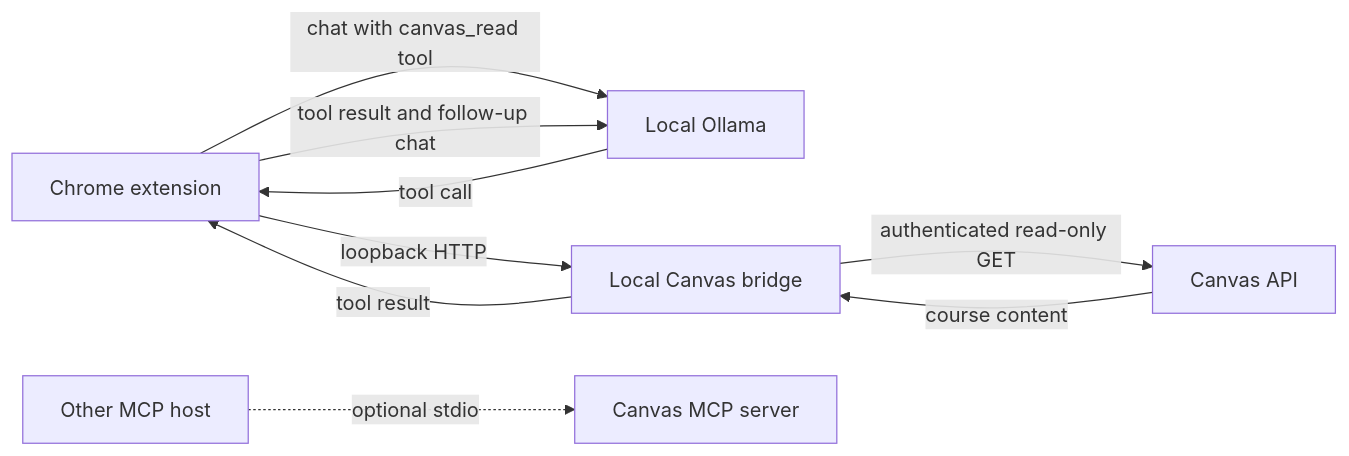
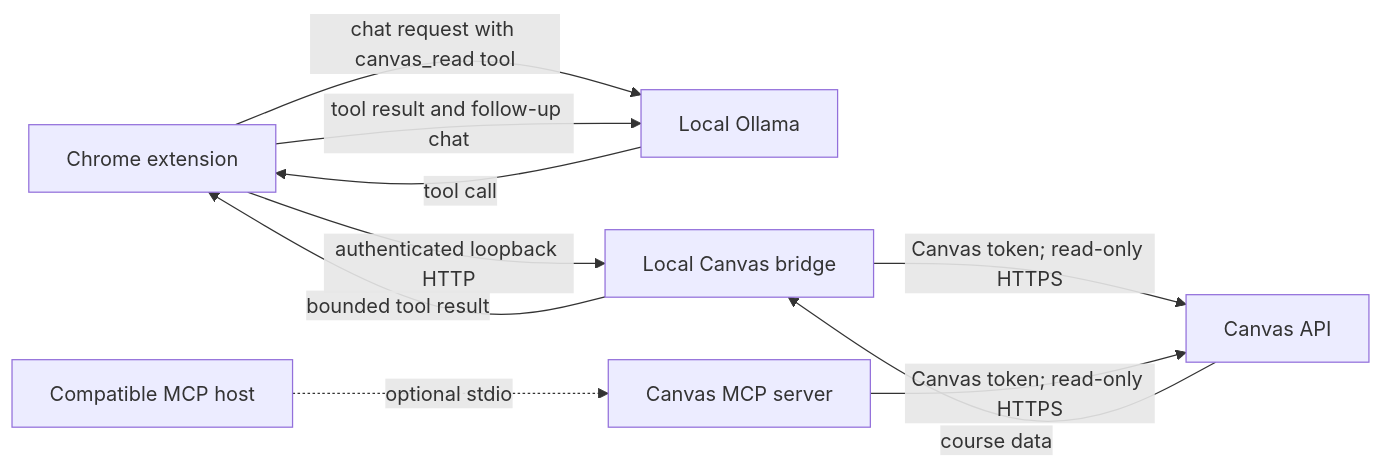
Before and after one commit to uniqueident/Fire-with-Fire: the diagram in my-chrome-extension/src/MCPserver/DESIGN.md, drawn with Mermaid. The commit also changed other lines of this file and 11 other files, not shown here.

````diff
--- a/my-chrome-extension/src/MCPserver/DESIGN.md
+++ b/my-chrome-extension/src/MCPserver/DESIGN.md
@@ -19,11 +25,12 @@
 ```mermaid
 flowchart LR
-Extension[Chrome extension] -->|chat with canvas_read tool| Ollama[Local Ollama]
+Extension[Chrome extension] -->|chat request with canvas_read tool| Ollama[Local Ollama]
 Ollama -->|tool call| Extension
-Extension -->|loopback HTTP| Bridge[Local Canvas bridge]
-Bridge -->|authenticated read-only GET| Canvas[Canvas API]
-Canvas -->|course content| Bridge
-Bridge -->|tool result| Extension
+Extension -->|authenticated loopback HTTP| Bridge[Local Canvas bridge]
+Bridge -->|Canvas token; read-only HTTPS| Canvas[Canvas API]
+Canvas -->|course data| Bridge
+Bridge -->|bounded tool result| Extension
 Extension -->|tool result and follow-up chat| Ollama
-MCPHost[Other MCP host] -. optional stdio .-> MCPServer[Canvas MCP server]
+MCPHost[Compatible MCP host] -. optional stdio .-> MCPServer[Canvas MCP server]
+MCPServer -->|Canvas token; read-only HTTPS| Canvas
 ```
````
